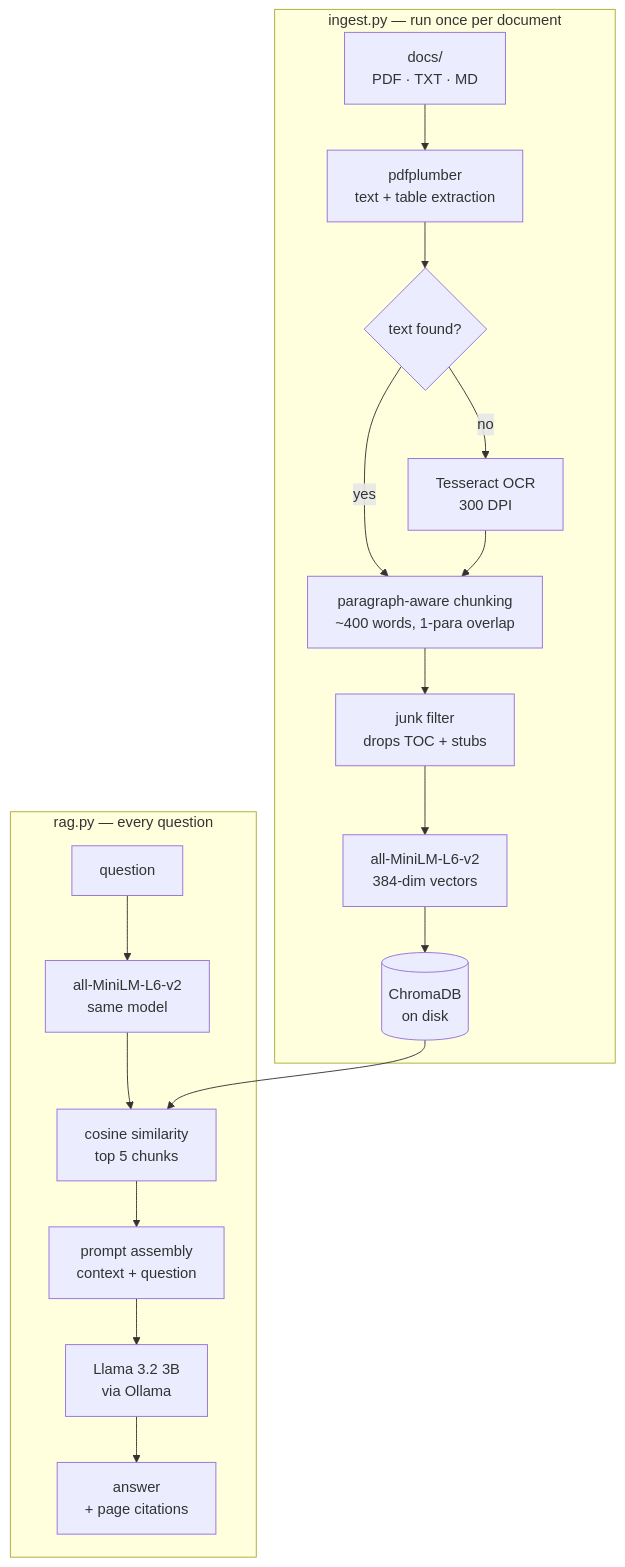
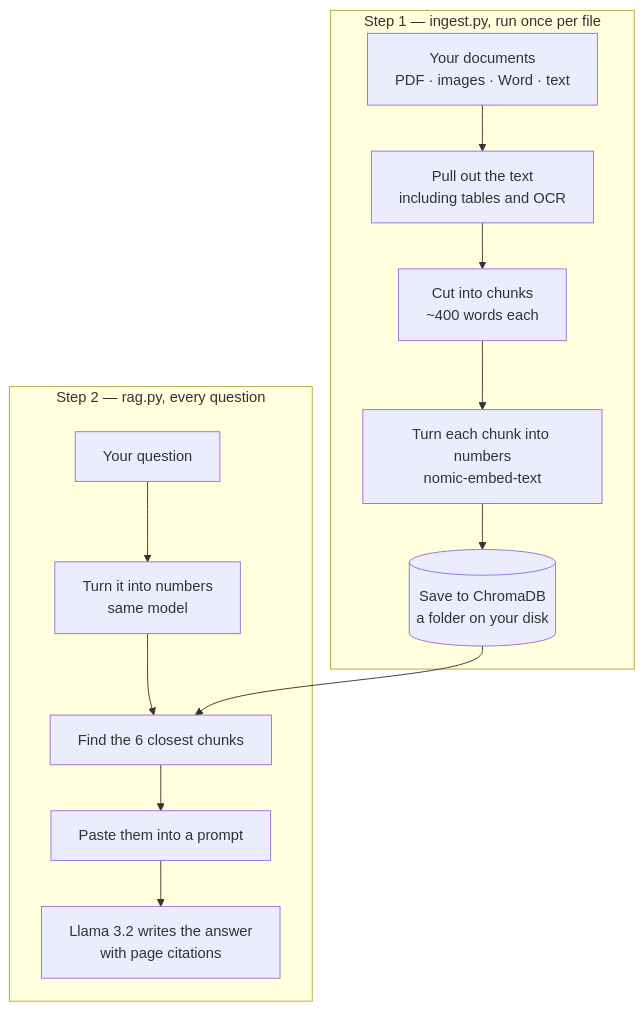
Before and after one commit to Engineered0/local-rag-chatbot: the diagram in README.md, drawn with Mermaid. The commit also changed other lines of this file, not shown here.

Commit message:
Rewrite README in plain language, document image and vision support

````diff
--- a/README.md
+++ b/README.md
@@ -11,23 +21,18 @@
 ```mermaid
 flowchart TD
-    subgraph ingest["ingest.py — run once per document"]
-        A["docs/<br/>PDF · TXT · MD"] --> B["pdfplumber<br/>text + table extraction"]
-        B --> C{"text found?"}
-        C -->|yes| E["paragraph-aware chunking<br/>~400 words, 1-para overlap"]
-        C -->|no| D["Tesseract OCR<br/>300 DPI"]
-        D --> E
-        E --> F["junk filter<br/>drops TOC + stubs"]
-        F --> G["all-MiniLM-L6-v2<br/>384-dim vectors"]
-        G --> H[("ChromaDB<br/>on disk")]
+    subgraph ingest["Step 1 — ingest.py, run once per file"]
+        A["Your documents<br/>PDF · images · Word · text"] --> B["Pull out the text<br/>including tables and OCR"]
+        B --> C["Cut into chunks<br/>~400 words each"]
+        C --> D["Turn each chunk into numbers<br/>nomic-embed-text"]
+        D --> E[("Save to ChromaDB<br/>a folder on your disk")]
     end
 
-    subgraph query["rag.py — every question"]
-        I["question"] --> J["all-MiniLM-L6-v2<br/>same model"]
-        J --> K["cosine similarity<br/>top 5 chunks"]
-        K --> L["prompt assembly<br/>context + question"]
-        L --> M["Llama 3.2 3B<br/>via Ollama"]
-        M --> N["answer<br/>+ page citations"]
+    subgraph query["Step 2 — rag.py, every question"]
+        F["Your question"] --> G["Turn it into numbers<br/>same model"]
+        G --> H["Find the 6 closest chunks"]
+        H --> I["Paste them into a prompt"]
+        I --> J["Llama 3.2 writes the answer<br/>with page citations"]
     end
 
-    H --> K
+    E --> H
 ```
````
